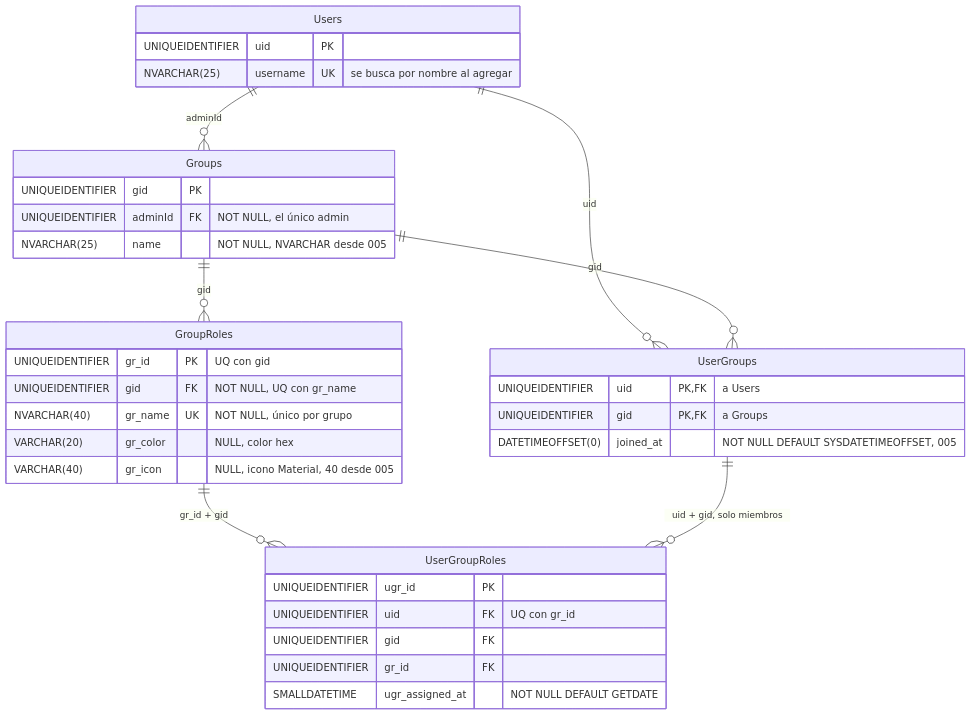
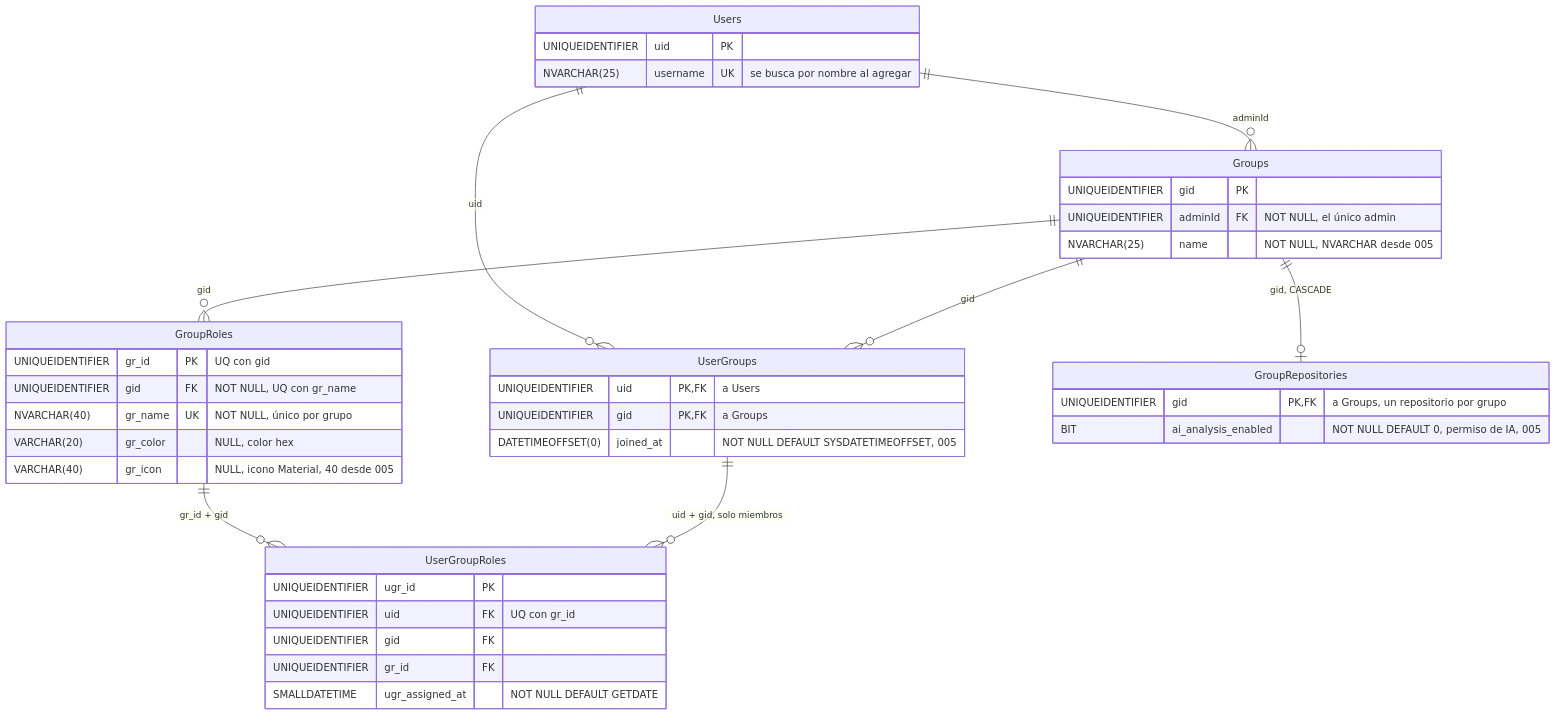
One commit to PabloP150/proyecto-is-cc6 changed the diagram in documentacion/03-base-de-datos/02-grupos-y-roles.md. Above: the diagram before and after it, drawn with Mermaid. The commit also changed other lines of this file and 204 other files, not shown here.

First line of the commit message:
docs: update all documentation, diagrams and PNGs to the test/e2e state

````diff
--- a/documentacion/03-base-de-datos/02-grupos-y-roles.md
+++ b/documentacion/03-base-de-datos/02-grupos-y-roles.md
@@ -5,38 +5,43 @@
 ```mermaid
 erDiagram
     Users ||--o{ Groups : "adminId"
     Users ||--o{ UserGroups : "uid"
     Groups ||--o{ UserGroups : "gid"
     Groups ||--o{ GroupRoles : "gid"
     GroupRoles ||--o{ UserGroupRoles : "gr_id + gid"
     UserGroups ||--o{ UserGroupRoles : "uid + gid, solo miembros"
+    Groups ||--o| GroupRepositories : "gid, CASCADE"
 
     Users {
         UNIQUEIDENTIFIER uid PK
         NVARCHAR(25) username UK "se busca por nombre al agregar"
     }
     Groups {
         UNIQUEIDENTIFIER gid PK
         UNIQUEIDENTIFIER adminId FK "NOT NULL, el único admin"
         NVARCHAR(25) name "NOT NULL, NVARCHAR desde 005"
     }
     UserGroups {
         UNIQUEIDENTIFIER uid PK, FK "a Users"
         UNIQUEIDENTIFIER gid PK, FK "a Groups"
         DATETIMEOFFSET(0) joined_at "NOT NULL DEFAULT SYSDATETIMEOFFSET, 005"
     }
     GroupRoles {
         UNIQUEIDENTIFIER gr_id PK "UQ con gid"
         UNIQUEIDENTIFIER gid FK "NOT NULL, UQ con gr_name"
         NVARCHAR(40) gr_name UK "NOT NULL, único por grupo"
         VARCHAR(20) gr_color "NULL, color hex"
         VARCHAR(40) gr_icon "NULL, icono Material, 40 desde 005"
     }
     UserGroupRoles {
         UNIQUEIDENTIFIER ugr_id PK
         UNIQUEIDENTIFIER uid FK "UQ con gr_id"
         UNIQUEIDENTIFIER gid FK
         UNIQUEIDENTIFIER gr_id FK
         SMALLDATETIME ugr_assigned_at "NOT NULL DEFAULT GETDATE"
     }
+    GroupRepositories {
+        UNIQUEIDENTIFIER gid PK, FK "a Groups, un repositorio por grupo"
+        BIT ai_analysis_enabled "NOT NULL DEFAULT 0, permiso de IA, 005"
+    }
 ```
````
